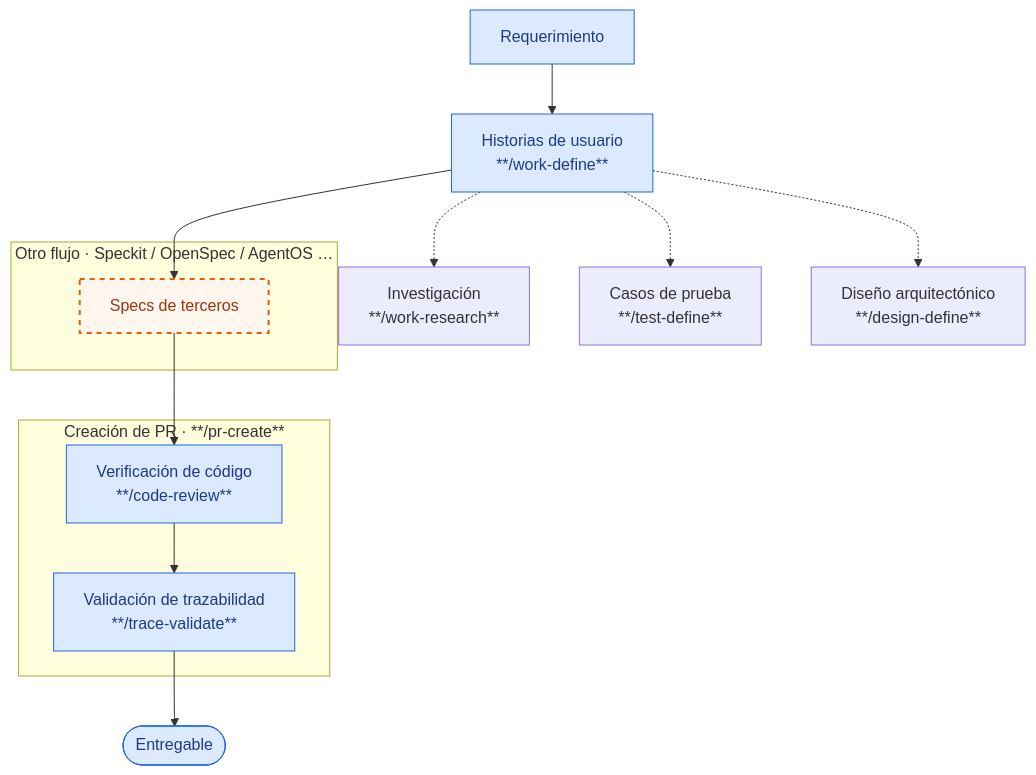
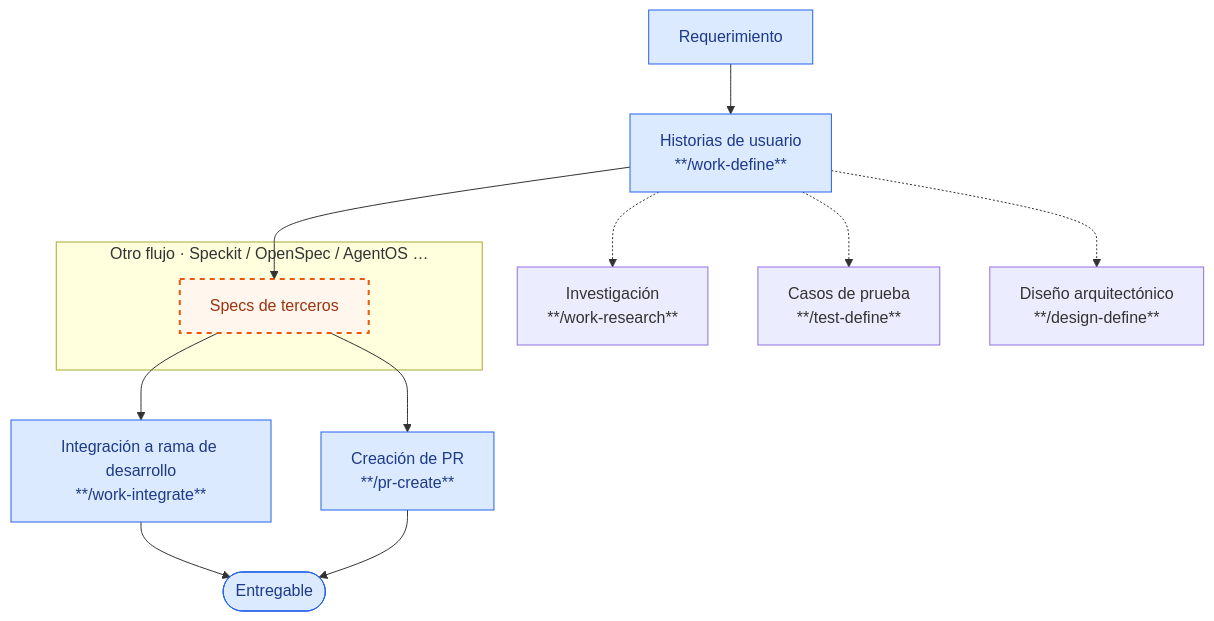
One commit to juanca202/ai changed the third of 3 diagrams in README.md. Above: the diagram before and after it, drawn with Mermaid. The commit also changed other lines of this file, not shown here.

Commit message:
docs: update README flowchart to reflect integration and PR creation process
Revised the flowchart in README.md to replace the previous "Creación de PR" section with clearer paths for integration to the development branch and PR creation. This change enhances the understanding of the workflow by illustrating the two possible routes to the deliverable, ensuring consistency with the overall implementation process.

````diff
--- a/README.md
+++ b/README.md
@@ -130,23 +130,20 @@
 ```mermaid
 flowchart TD
     A[Requerimiento] --> B["Historias de usuario<br/>**/work-define**"]
     B -.-> R["Investigación<br/>**/work-research**"]
     B -.-> C["Casos de prueba<br/>**/test-define**"]
     B -.-> D["Diseño arquitectónico<br/>**/design-define**"]
     subgraph NESTED["Otro flujo · Speckit / OpenSpec / AgentOS …"]
         S["Specs de terceros"]
     end
     B --> S
-    subgraph PR["Creación de PR · **/pr-create**"]
-        V1["Verificación de código<br/>**/code-review**"]
-        V2["Validación de trazabilidad<br/>**/trace-validate**"]
-        V1 --> V2
-    end
-    S --> V1
-    V2 --> J(["Entregable"])
+    S --> H["Integración a rama de desarrollo<br/>**/work-integrate**"]
+    S --> I["Creación de PR<br/>**/pr-create**"]
+    H --> J(["Entregable"])
+    I --> J
 
     classDef main fill:#dbeafe,stroke:#2563eb,color:#1e3a8a
     classDef nestedFlow fill:#fff7ed,stroke:#ea580c,stroke-width:2px,stroke-dasharray:5 5,color:#9a3412
-    class A,B,J,V1,V2 main
+    class A,B,H,I,J main
     class S nestedFlow
 ```
````
